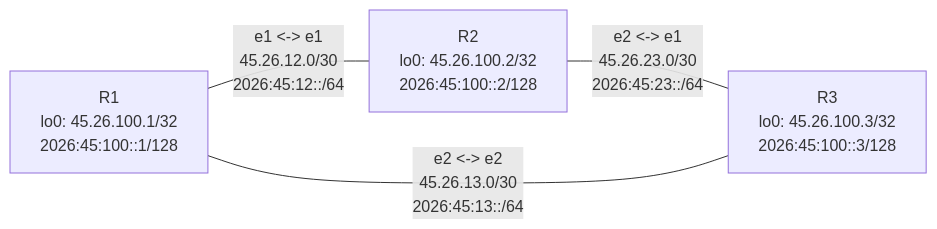
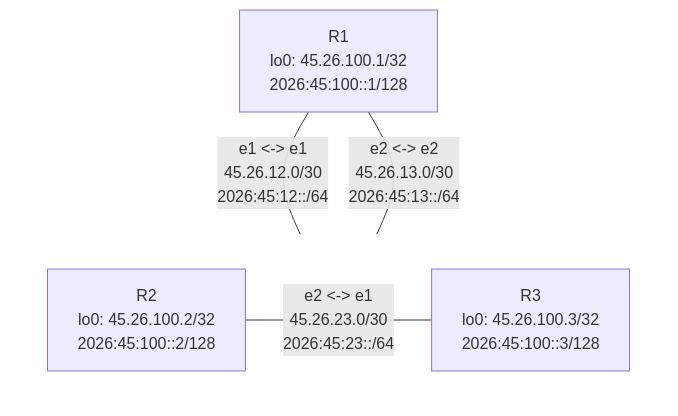
One commit to eversonscherrer/freertr changed the third of 3 diagrams in basic/readme.md. Above: the diagram before and after it, drawn with Mermaid.

Commit message:
feat: update full mesh topology diagram for Challenge 3 to include subgraph structure and correct connections

````diff
--- a/basic/readme.md
+++ b/basic/readme.md
@@ -659,10 +659,16 @@
 ```mermaid
-flowchart LR
+flowchart TB
     R1["R1<br/>lo0: 45.26.100.1/32<br/>2026:45:100::1/128"]
-    R2["R2<br/>lo0: 45.26.100.2/32<br/>2026:45:100::2/128"]
-    R3["R3<br/>lo0: 45.26.100.3/32<br/>2026:45:100::3/128"]
+
+    subgraph base[" "]
+        direction LR
+        R2["R2<br/>lo0: 45.26.100.2/32<br/>2026:45:100::2/128"]
+        R3["R3<br/>lo0: 45.26.100.3/32<br/>2026:45:100::3/128"]
+    end
 
     R1 ---|"e1 <-> e1<br/>45.26.12.0/30<br/>2026:45:12::/64"| R2
+    R1 ---|"e2 <-> e2<br/>45.26.13.0/30<br/>2026:45:13::/64"| R3
     R2 ---|"e2 <-> e1<br/>45.26.23.0/30<br/>2026:45:23::/64"| R3
-    R1 ---|"e2 <-> e2<br/>45.26.13.0/30<br/>2026:45:13::/64"| R3
+
+    style base fill:transparent,stroke:transparent
 ```
````
